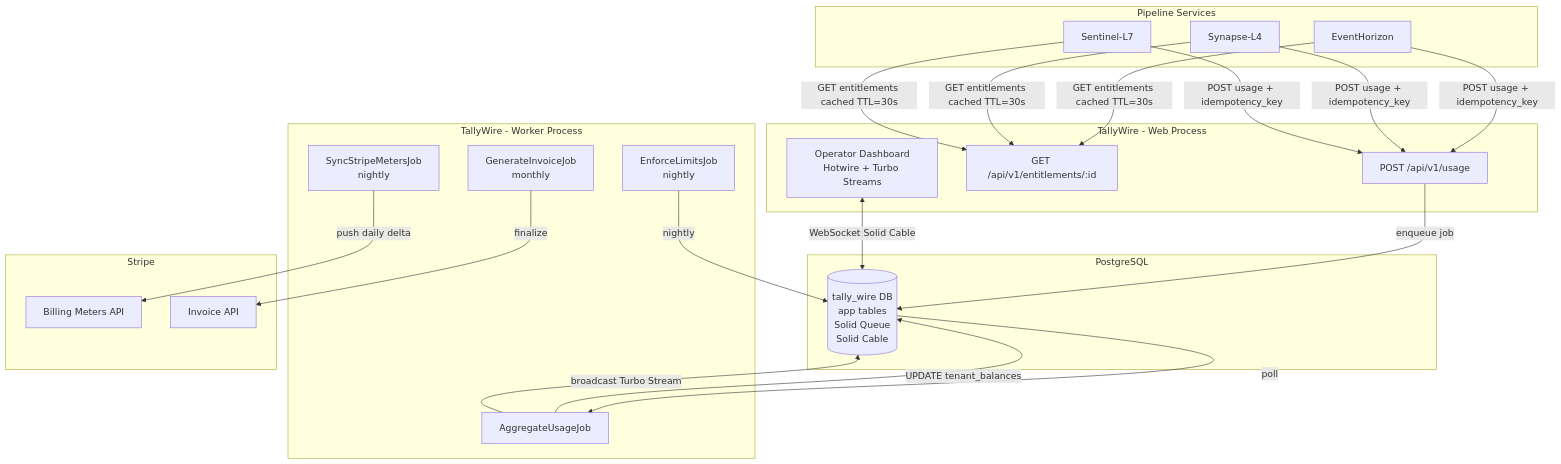
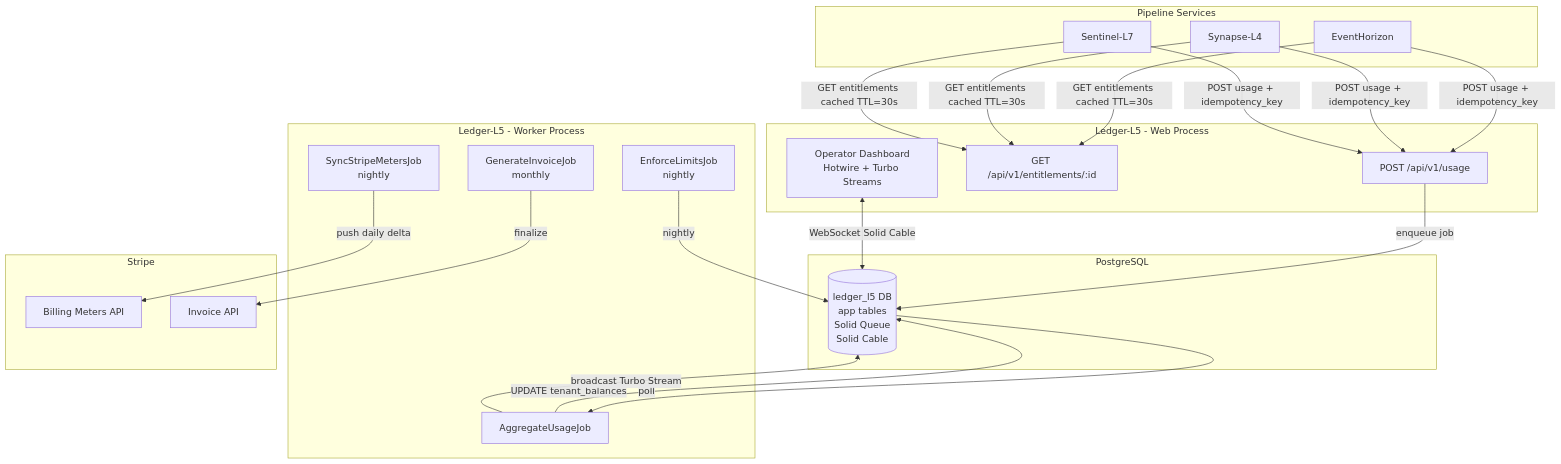
Before and after one commit to obrienma/Ledger-L5-rails: the first of 5 diagrams in docs/architecture.md, drawn with Mermaid. The commit also changed other lines of this file and 10 other files, not shown here.

First line of the commit message:
chore(rename): TallyWire → Ledger-L5 (Pivot)

````diff
--- a/docs/architecture.md
+++ b/docs/architecture.md
@@ -7,49 +7,49 @@
 ```mermaid
 graph TD
     subgraph Pipeline Services
         EH[EventHorizon]
         SY[Synapse-L4]
         SL[Sentinel-L7]
     end
 
-    subgraph TallyWire - Web Process
+    subgraph Ledger-L5 - Web Process
         API_USAGE[POST /api/v1/usage]
         API_ENT[GET /api/v1/entitlements/:id]
         DASH[Operator Dashboard\nHotwire + Turbo Streams]
     end
 
-    subgraph TallyWire - Worker Process
+    subgraph Ledger-L5 - Worker Process
         AGG[AggregateUsageJob]
         ENFORCE[EnforceLimitsJob\nnightly]
         STRIPE_SYNC[SyncStripeMetersJob\nnightly]
         INV[GenerateInvoiceJob\nmonthly]
     end
 
     subgraph PostgreSQL
-        DB[(tally_wire DB\napp tables\nSolid Queue\nSolid Cable)]
+        DB[(ledger_l5 DB\napp tables\nSolid Queue\nSolid Cable)]
     end
 
     subgraph Stripe
         METERS[Billing Meters API]
         INVOICES_STRIPE[Invoice API]
     end
 
     EH -->|POST usage + idempotency_key| API_USAGE
     SY -->|POST usage + idempotency_key| API_USAGE
     SL -->|POST usage + idempotency_key| API_USAGE
 
     EH -->|GET entitlements cached TTL=30s| API_ENT
     SY -->|GET entitlements cached TTL=30s| API_ENT
     SL -->|GET entitlements cached TTL=30s| API_ENT
 
     API_USAGE -->|enqueue job| DB
     DB -->|poll| AGG
     AGG -->|UPDATE tenant_balances| DB
     AGG -->|broadcast Turbo Stream| DB
 
     ENFORCE -->|nightly| DB
     STRIPE_SYNC -->|push daily delta| METERS
     INV -->|finalize| INVOICES_STRIPE
 
     DASH <-->|WebSocket Solid Cable| DB
 ```
````
